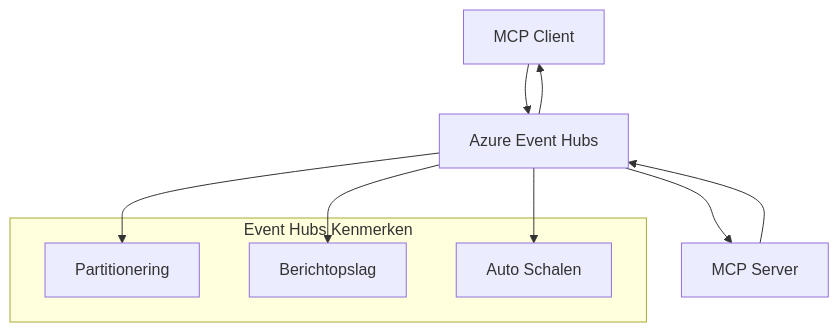
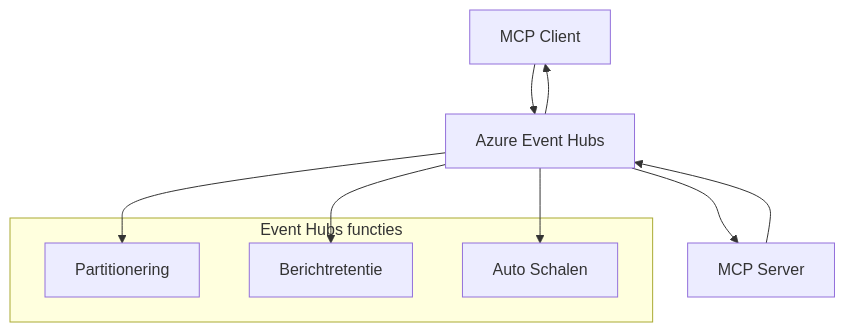
Before and after one commit to HIDORAKAI002/ai-workspace-archive: the second of 2 diagrams in mcp_ecosystem__model_context_protocol/mcp_learning_resources/mcp-for-beginners/translations/nl/05-AdvancedTopics/mcp-transport/README.md, drawn with Mermaid. The commit also changed other lines of this file and 1046 other files, not shown here.

````diff
--- a/mcp_ecosystem__model_context_protocol/mcp_learning_resources/mcp-for-beginners/translations/nl/05-AdvancedTopics/mcp-transport/README.md
+++ b/mcp_ecosystem__model_context_protocol/mcp_learning_resources/mcp-for-beginners/translations/nl/05-AdvancedTopics/mcp-transport/README.md
@@ -270,17 +272,17 @@
 ```mermaid
 graph TB
     Client[MCP Client] --> EH[Azure Event Hubs]
     EH --> Server[MCP Server]
     Server --> EH
     EH --> Client
     
-    subgraph "Event Hubs Kenmerken"
+    subgraph "Event Hubs functies"
         Partition[Partitionering]
-        Retention[Berichtopslag]
+        Retention[Berichtretentie]
         Scaling[Auto Schalen]
     end
     
     EH --> Partition
     EH --> Retention
     EH --> Scaling
 ```
````
